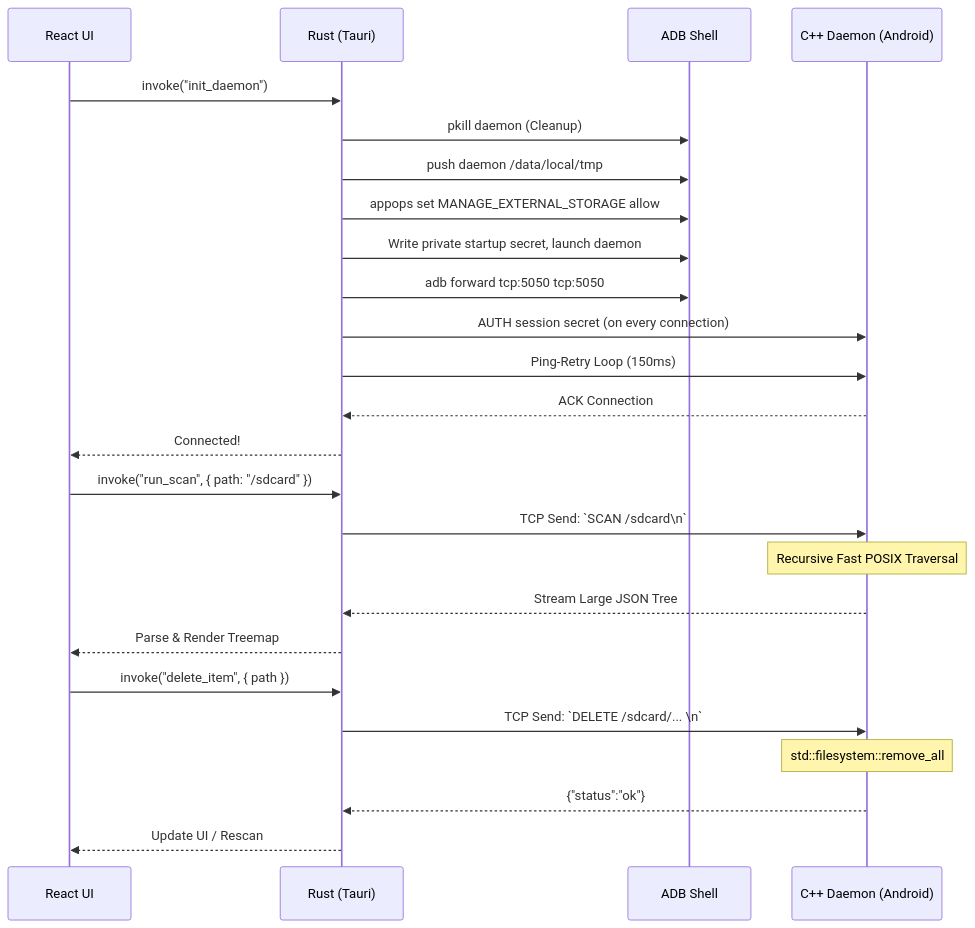
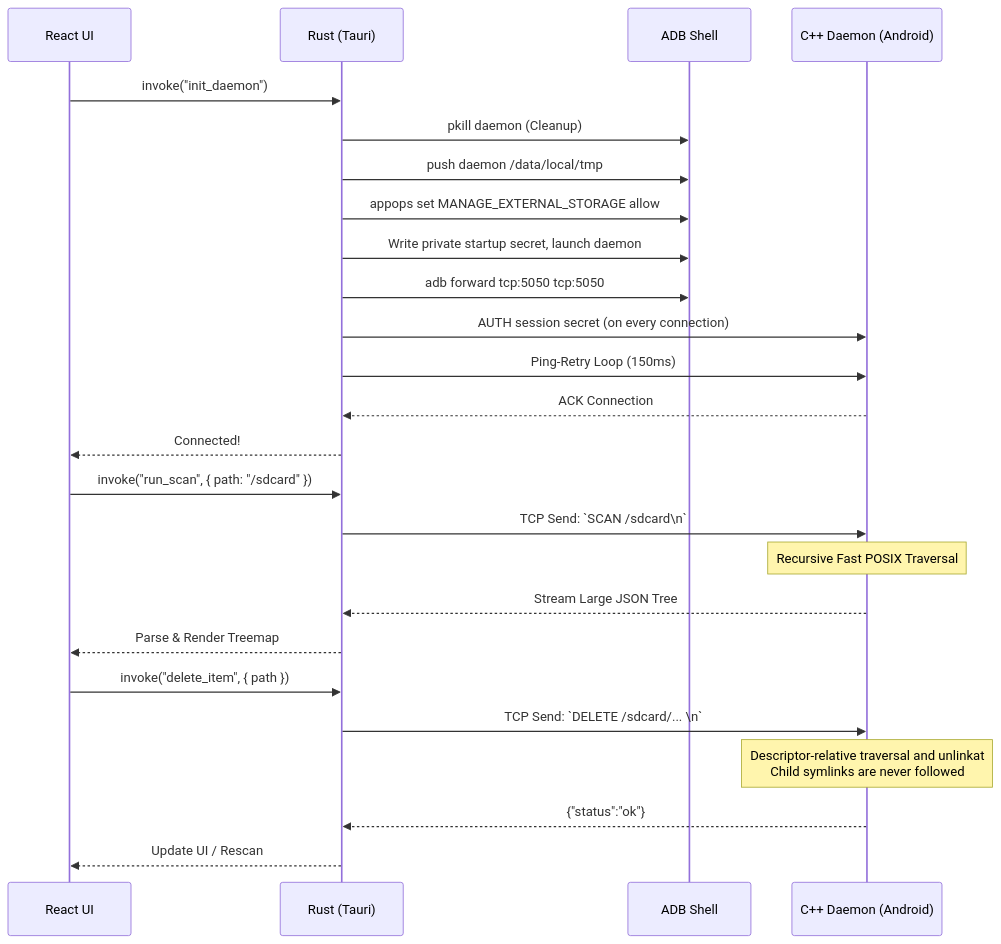
Before and after one commit to VishnuSrivatsava/SocketSweep: the second of 2 diagrams in README.md, drawn with Mermaid. The commit also changed other lines of this file and 5 other files, not shown here.

````diff
--- a/README.md
+++ b/README.md
@@ -150,33 +150,33 @@
 ```mermaid
 sequenceDiagram
     participant U as React UI
     participant R as Rust (Tauri)
     participant A as ADB Shell
     participant D as C++ Daemon (Android)
     
     %% Connect Phase
     U->>R: invoke("init_daemon")
     R->>A: pkill daemon (Cleanup)
     R->>A: push daemon /data/local/tmp
     R->>A: appops set MANAGE_EXTERNAL_STORAGE allow
     R->>A: Write private startup secret, launch daemon
     R->>A: adb forward tcp:5050 tcp:5050
     R->>D: AUTH session secret (on every connection)
     R->>D: Ping-Retry Loop (150ms)
     D-->>R: ACK Connection
     R-->>U: Connected!
     
     %% Scan Phase
     U->>R: invoke("run_scan", { path: "/sdcard" })
     R->>D: TCP Send: `SCAN /sdcard\n`
     Note over D: Recursive Fast POSIX Traversal
     D-->>R: Stream Large JSON Tree
     R-->>U: Parse & Render Treemap
     
     %% Delete Phase
     U->>R: invoke("delete_item", { path })
     R->>D: TCP Send: `DELETE /sdcard/... \n`
-    Note over D: std::filesystem::remove_all
+    Note over D: Descriptor-relative traversal and unlinkat<br/>Child symlinks are never followed
     D-->>R: {"status":"ok"}
     R-->>U: Update UI / Rescan
 ```
````
